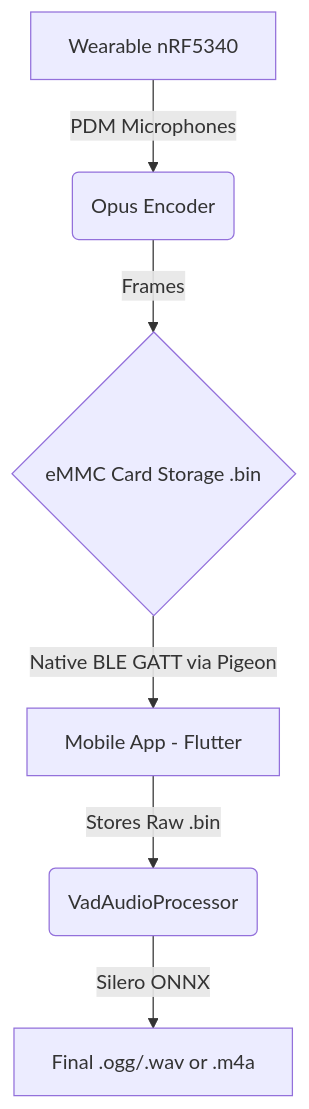
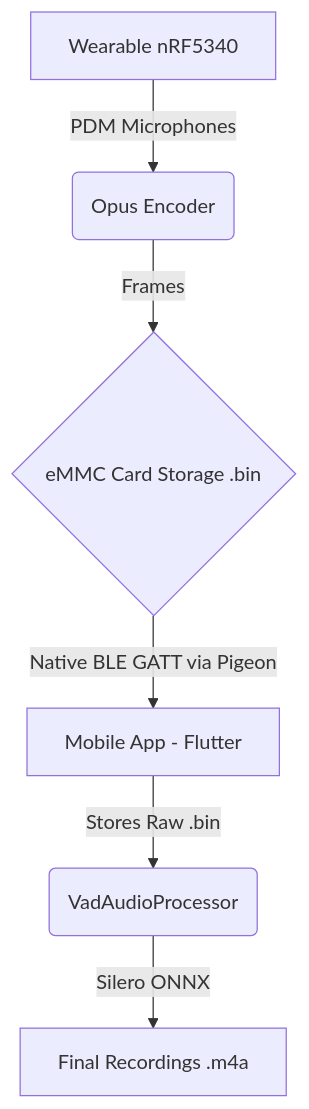
Before and after one commit to john-gitdev/omi-offline: the diagram in README.md, drawn with Mermaid. The commit also changed other lines of this file and 31 other files, not shown here.

````diff
--- a/README.md
+++ b/README.md
@@ -32,8 +32,8 @@
 ```mermaid
 graph TD
     A[Wearable nRF5340] -->|PDM Microphones| B(Opus Encoder)
     B -->|Frames| C{eMMC Card Storage .bin}
     C -->|Native BLE GATT via Pigeon| D[Mobile App - Flutter]
     D -->|Stores Raw .bin| E(VadAudioProcessor)
-    E -->|Silero ONNX| F[Final .ogg/.wav or .m4a]
+    E -->|Silero ONNX| F[Final Recordings .m4a]
 ```
````
